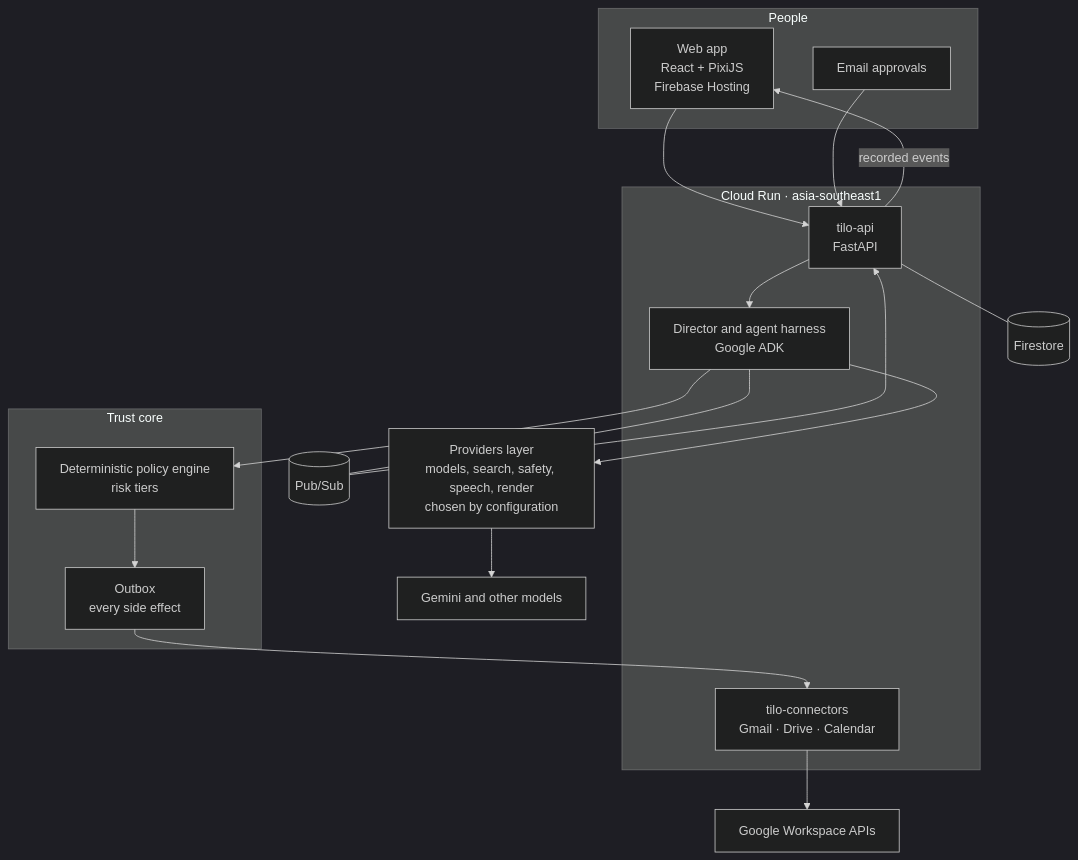
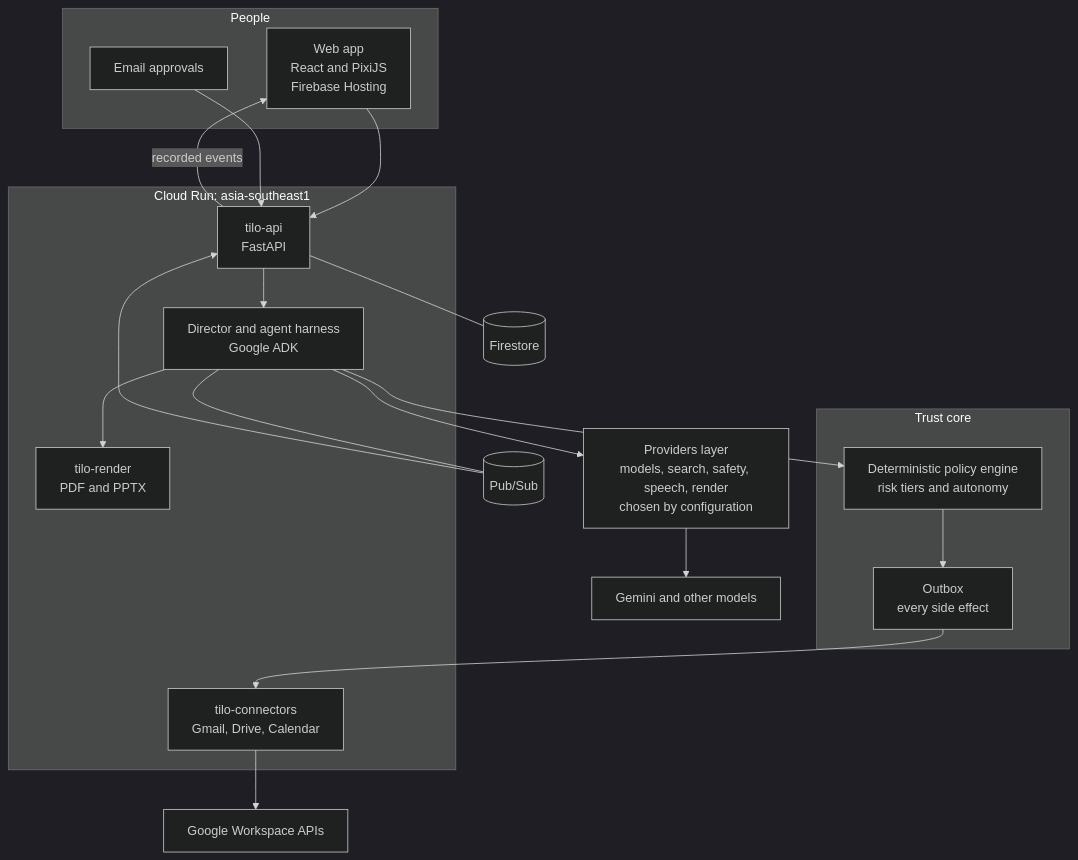
Before and after one commit to spark-456/tilo: the fifth of 5 diagrams in README.md, drawn with Mermaid (dark theme). The commit also changed other lines of this file, not shown here.

Commit message:
docs: detailed README (world, agents, control, architecture, GenAI map, security, evals, honest notes)

````diff
--- a/README.md
+++ b/README.md
@@ -92,34 +285,36 @@
 ```mermaid
 flowchart TB
     subgraph Client["People"]
-        WEB["Web app<br/>React + PixiJS<br/>Firebase Hosting"]
+        WEB["Web app<br/>React and PixiJS<br/>Firebase Hosting"]
         MAIL["Email approvals"]
     end
 
-    subgraph CR["Cloud Run · asia-southeast1"]
+    subgraph CR["Cloud Run: asia-southeast1"]
         API["tilo-api<br/>FastAPI"]
         HARN["Director and agent harness<br/>Google ADK"]
-        CONN["tilo-connectors<br/>Gmail · Drive · Calendar"]
+        CONN["tilo-connectors<br/>Gmail, Drive, Calendar"]
+        REND["tilo-render<br/>PDF and PPTX"]
     end
 
     subgraph Core["Trust core"]
-        POL["Deterministic policy engine<br/>risk tiers"]
+        POL["Deterministic policy engine<br/>risk tiers and autonomy"]
         OUT["Outbox<br/>every side effect"]
     end
 
     PROV["Providers layer<br/>models, search, safety, speech, render<br/>chosen by configuration"]
     LLM["Gemini and other models"]
     FS[("Firestore")]
     PS[("Pub/Sub")]
     G["Google Workspace APIs"]
 
     WEB --> API
     MAIL --> API
     API --> HARN
     HARN --> PROV --> LLM
+    HARN --> REND
     HARN --> POL --> OUT --> CONN --> G
     API --- FS
     HARN --- PS
     PS --> API
     API -- "recorded events" --> WEB
 ```
````
